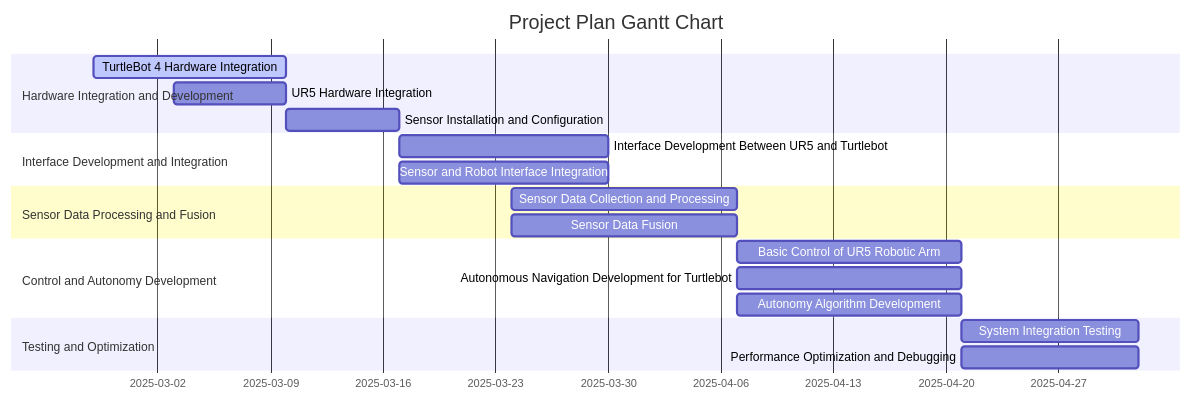
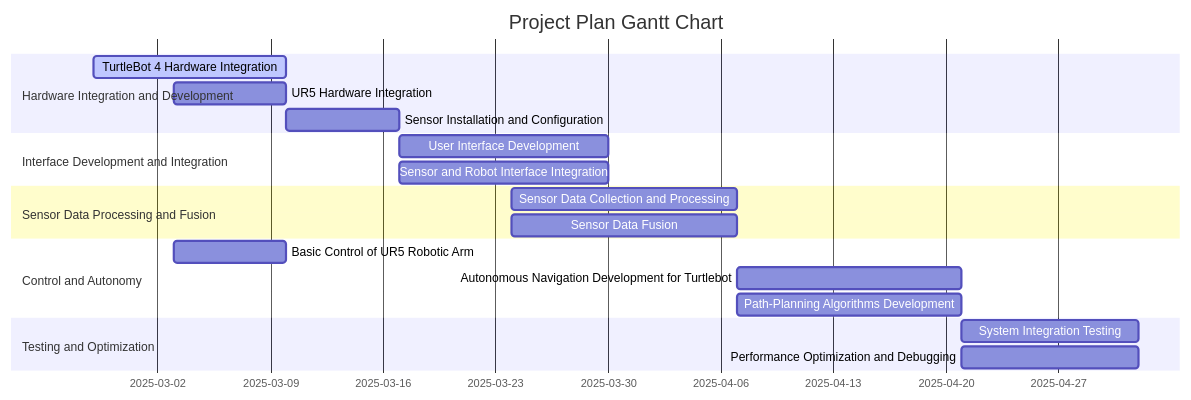
One commit to RAS598-2025-S-Team12/RAS598-2025-S-Team12.github.io changed the diagram in docs/timeline.md. Above: the diagram before and after it, drawn with Mermaid.

````diff
--- a/docs/timeline.md
+++ b/docs/timeline.md
@@ -6,31 +6,31 @@
 ``` mermaid
 
 gantt
     title Project Plan Gantt Chart
     dateFormat  YYYY-MM-DD
 
     section Hardware Integration and Development
-    TurtleBot 4 Hardware Integration           :active, task2_1, 2025-02-26, 2025-03-10
-    UR5 Hardware Integration     :task2_2, 2025-03-03, 2025-03-10
+    TurtleBot 4 Hardware Integration               :active, task2_1, 2025-02-26, 2025-03-10
+    UR5 Hardware Integration                       :task2_2, 2025-03-03, 2025-03-10
     Sensor Installation and Configuration          :task2_3, 2025-03-10, 2025-03-17
 
     section Interface Development and Integration
-    Interface Development Between UR5 and Turtlebot :task3_1, 2025-03-17, 2025-03-30
+    User Interface Development:task3_1, 2025-03-17, 2025-03-30
     Sensor and Robot Interface Integration          :task3_2, 2025-03-17, 2025-03-30
 
     section Sensor Data Processing and Fusion
     Sensor Data Collection and Processing           :task4_1, 2025-03-24, 2025-04-07
     Sensor Data Fusion                              :task4_2, 2025-03-24, 2025-04-07
 
-    section Control and Autonomy Development
-    Basic Control of UR5 Robotic Arm               :task5_1, 2025-04-07, 2025-04-21
+    section Control and Autonomy 
+    Basic Control of UR5 Robotic Arm               :task5_1, 2025-03-03, 2025-03-10
     Autonomous Navigation Development for Turtlebot :task5_2, 2025-04-07, 2025-04-21
-    Autonomy Algorithm Development                 :task5_3, 2025-04-07, 2025-04-21
+    Path-Planning Algorithms Development                 :task5_3, 2025-04-07, 2025-04-21
 
     section Testing and Optimization
     System Integration Testing                     :task6_1, 2025-04-21, 2025-05-02
     Performance Optimization and Debugging         :task6_2, 2025-04-21, 2025-05-02
 
 
 
 ```
````
